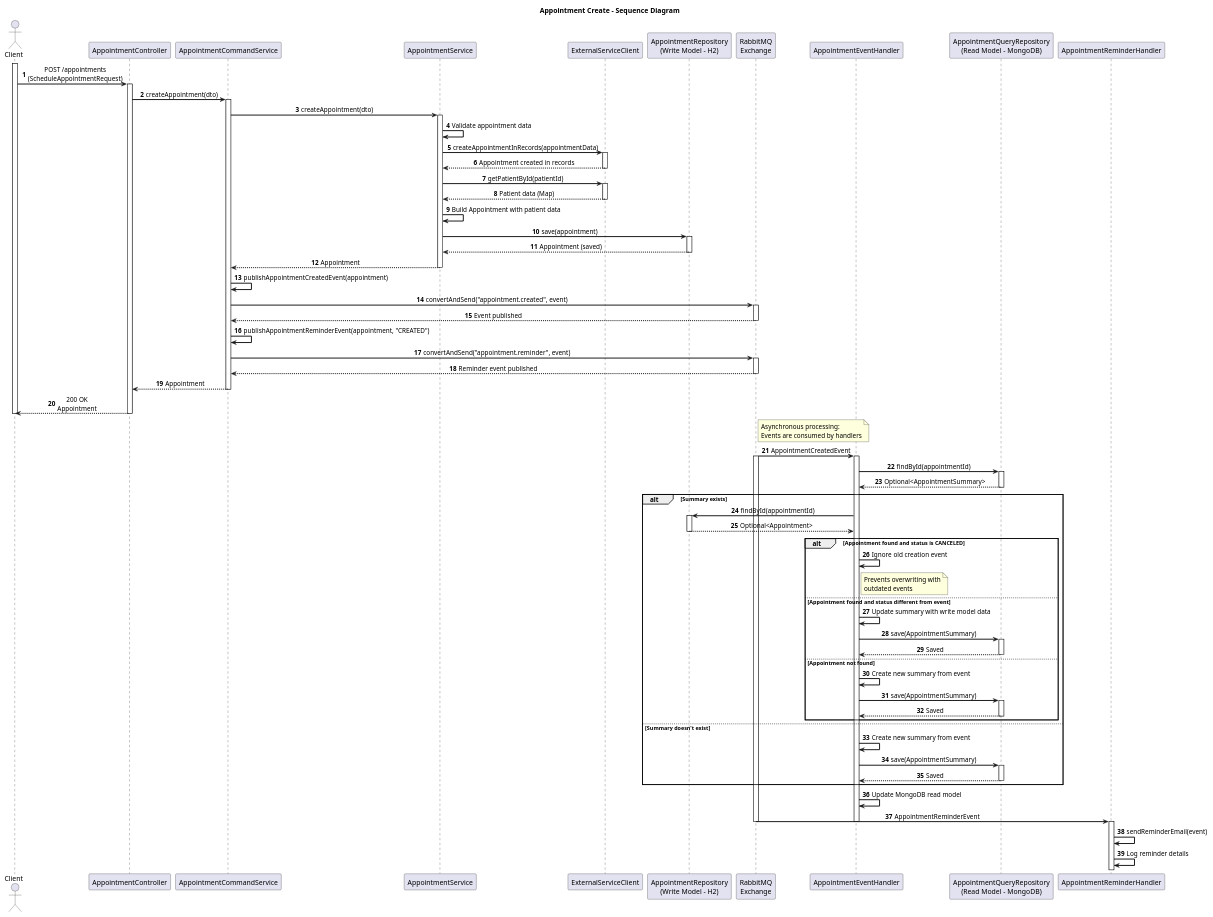
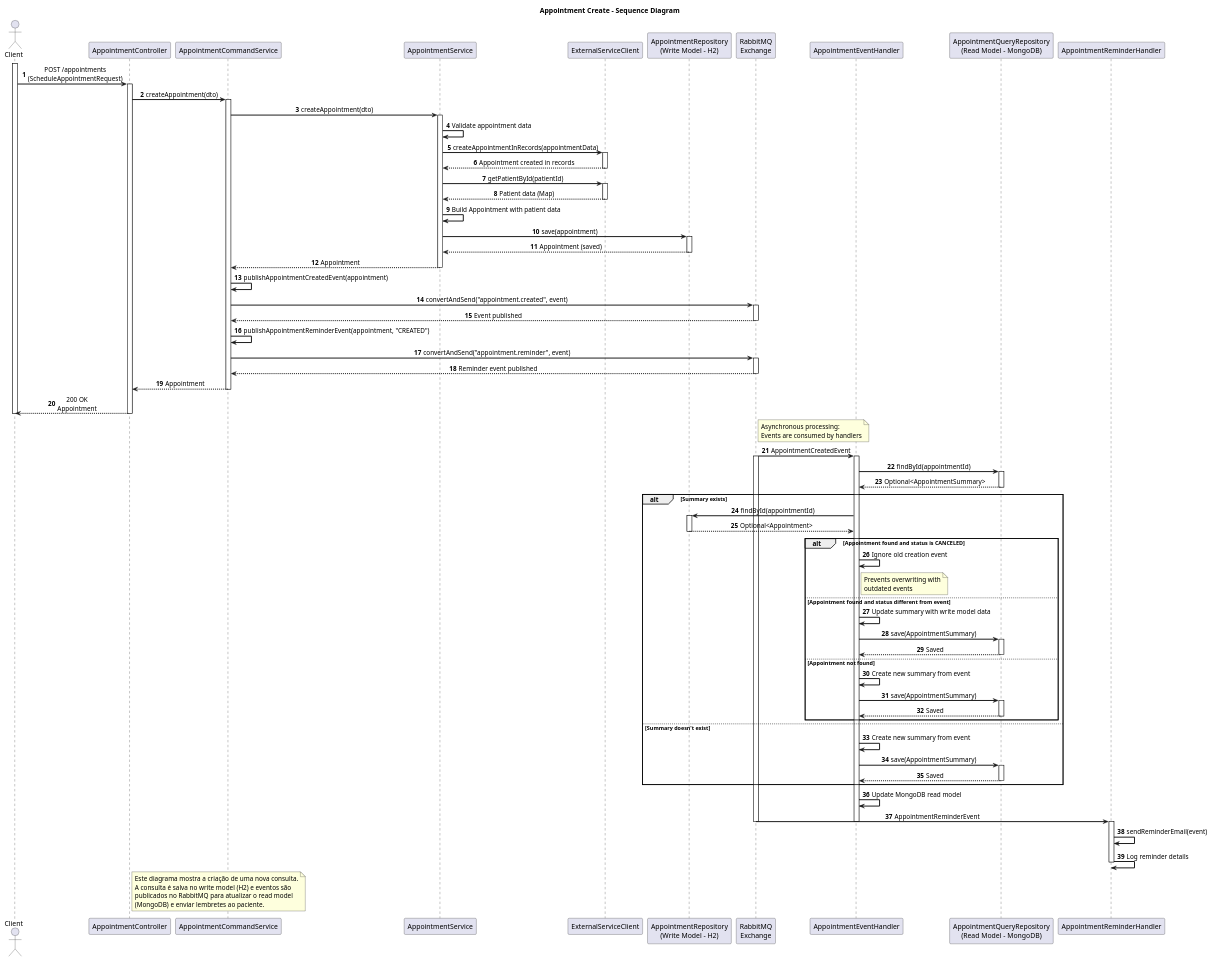
The diagram in DOCS2/C4+1/AppointmentCreate-Sequence.puml (pedrods05/LETI_SIDIS_3DA_6), drawn with PlantUML before and after one commit. The commit also changed 11 other files, not shown here.

```diff
--- a/DOCS2/C4+1/AppointmentCreate-Sequence.puml
+++ b/DOCS2/C4+1/AppointmentCreate-Sequence.puml
@@ -1,123 +1,132 @@
 @startuml AppointmentCreate-Sequence
 skinparam backgroundColor #FFFFFF
 skinparam sequenceMessageAlign center
 skinparam sequenceArrowThickness 2
 
 title Appointment Create - Sequence Diagram
 
 actor Client
 participant "AppointmentController" as Controller
 participant "AppointmentCommandService" as CommandService
 participant "AppointmentService" as Service
 participant "ExternalServiceClient" as ExternalClient
 participant "AppointmentRepository\n(Write Model - H2)" as WriteRepo
 participant "RabbitMQ\nExchange" as RabbitMQ
 participant "AppointmentEventHandler" as EventHandler
 participant "AppointmentQueryRepository\n(Read Model - MongoDB)" as ReadRepo
 participant "AppointmentReminderHandler" as ReminderHandler
 
 autonumber
 activate Client
 Client -> Controller: POST /appointments\n(ScheduleAppointmentRequest)
 activate Controller
 
 Controller -> CommandService: createAppointment(dto)
 activate CommandService
 
 CommandService -> Service: createAppointment(dto)
 activate Service
 
 Service -> Service: Validate appointment data
 Service -> ExternalClient: createAppointmentInRecords(appointmentData)
 activate ExternalClient
 ExternalClient --> Service: Appointment created in records
 deactivate ExternalClient
 
 Service -> ExternalClient: getPatientById(patientId)
 activate ExternalClient
 ExternalClient --> Service: Patient data (Map)
 deactivate ExternalClient
 
 Service -> Service: Build Appointment with patient data
 Service -> WriteRepo: save(appointment)
 activate WriteRepo
 WriteRepo --> Service: Appointment (saved)
 deactivate WriteRepo
 
 Service --> CommandService: Appointment
 deactivate Service
 
 CommandService -> CommandService: publishAppointmentCreatedEvent(appointment)
 CommandService -> RabbitMQ: convertAndSend("appointment.created", event)
 activate RabbitMQ
 RabbitMQ --> CommandService: Event published
 deactivate RabbitMQ
 
 CommandService -> CommandService: publishAppointmentReminderEvent(appointment, "CREATED")
 CommandService -> RabbitMQ: convertAndSend("appointment.reminder", event)
 activate RabbitMQ
 RabbitMQ --> CommandService: Reminder event published
 deactivate RabbitMQ
 
 CommandService --> Controller: Appointment
 deactivate CommandService
 
 Controller --> Client: 200 OK\nAppointment
 deactivate Controller
 deactivate Client
 
 note right of RabbitMQ
   Asynchronous processing:
   Events are consumed by handlers
 end note
 
 RabbitMQ -> EventHandler: AppointmentCreatedEvent
 activate RabbitMQ
 activate EventHandler
 
 EventHandler -> ReadRepo: findById(appointmentId)
 activate ReadRepo
 ReadRepo --> EventHandler: Optional<AppointmentSummary>
 deactivate ReadRepo
 
 alt Summary exists
     EventHandler -> WriteRepo: findById(appointmentId)
     activate WriteRepo
     WriteRepo --> EventHandler: Optional<Appointment>
     deactivate WriteRepo
 
     alt Appointment found and status is CANCELED
         EventHandler -> EventHandler: Ignore old creation event
         note right of EventHandler
           Prevents overwriting with
           outdated events
         end note
     else Appointment found and status different from event
         EventHandler -> EventHandler: Update summary with write model data
         EventHandler -> ReadRepo: save(AppointmentSummary)
         activate ReadRepo
         ReadRepo --> EventHandler: Saved
         deactivate ReadRepo
     else Appointment not found
         EventHandler -> EventHandler: Create new summary from event
         EventHandler -> ReadRepo: save(AppointmentSummary)
         activate ReadRepo
         ReadRepo --> EventHandler: Saved
         deactivate ReadRepo
     end
 else Summary doesn't exist
     EventHandler -> EventHandler: Create new summary from event
     EventHandler -> ReadRepo: save(AppointmentSummary)
     activate ReadRepo
     ReadRepo --> EventHandler: Saved
     deactivate ReadRepo
 end
 
 EventHandler -> EventHandler: Update MongoDB read model
 RabbitMQ -> ReminderHandler: AppointmentReminderEvent
 deactivate EventHandler
 deactivate RabbitMQ
 activate ReminderHandler
 ReminderHandler -> ReminderHandler: sendReminderEmail(event)
 ReminderHandler -> ReminderHandler: Log reminder details
+deactivate ReminderHandler
+
+note right of Controller
+  Este diagrama mostra a criação de uma nova consulta.
+  A consulta é salva no write model (H2) e eventos são
+  publicados no RabbitMQ para atualizar o read model
+  (MongoDB) e enviar lembretes ao paciente.
+end note
+
 @enduml
```
